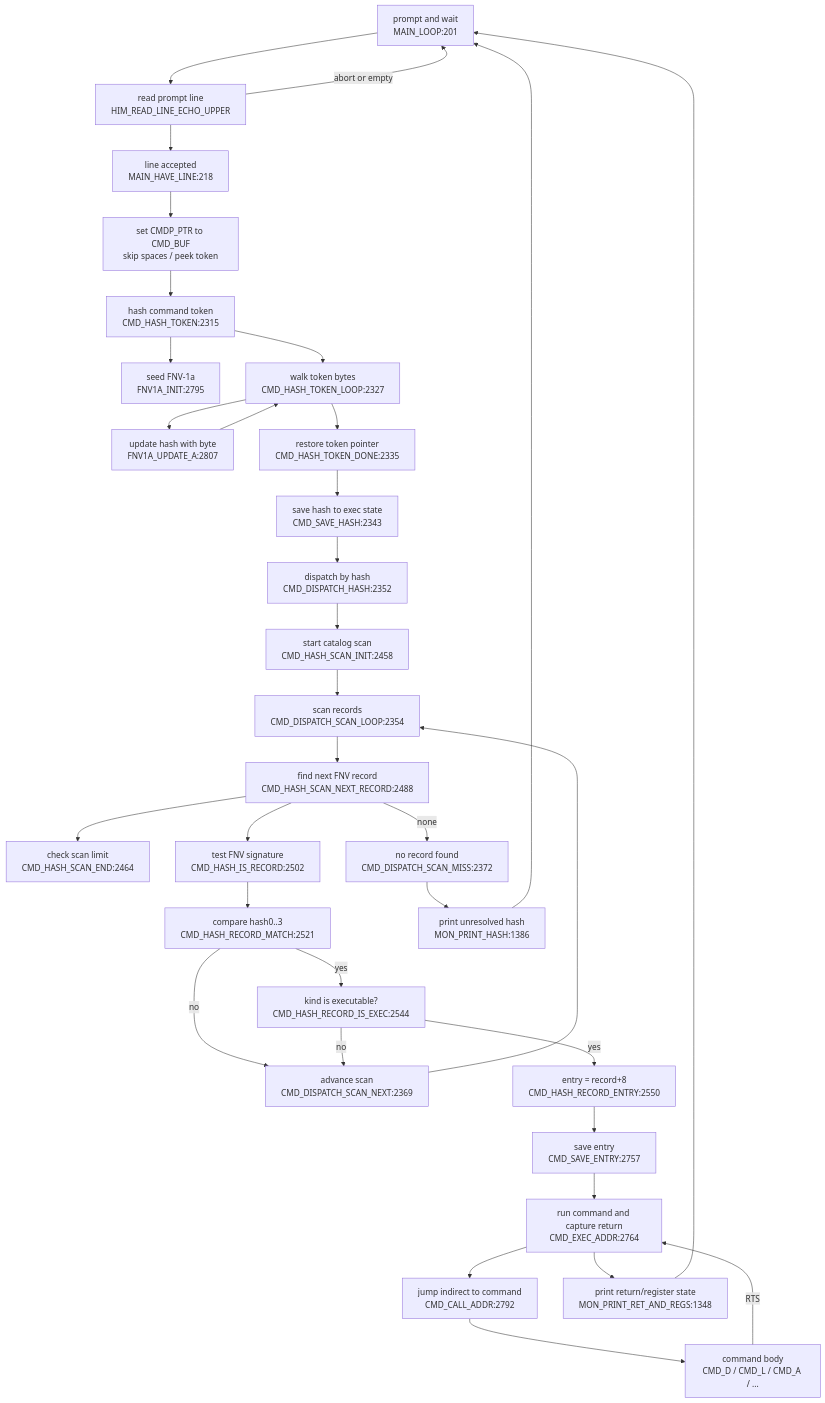
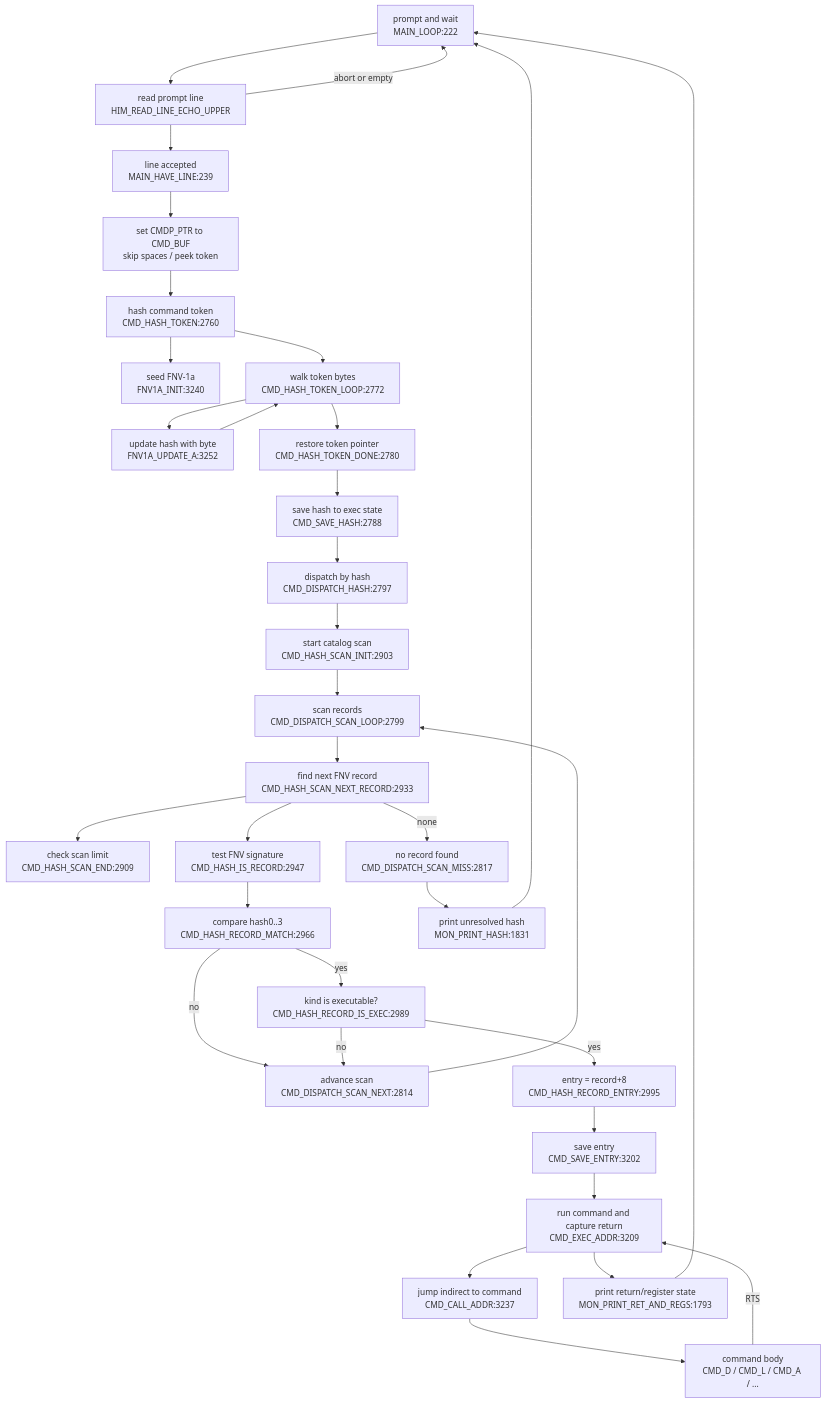
Before and after one commit to 95westus/R-YORS: the diagram in DOC/GENERATED/CMD_FLOW_MAP.md, drawn with Mermaid. The commit also changed other lines of this file and 126 other files, not shown here.

````diff
--- a/DOC/GENERATED/CMD_FLOW_MAP.md
+++ b/DOC/GENERATED/CMD_FLOW_MAP.md
@@ -10,36 +10,36 @@
 ```mermaid
 flowchart TD
-    LOOP["prompt and wait<br/>MAIN_LOOP:201"] --> READ["read prompt line<br/>HIM_READ_LINE_ECHO_UPPER"]
-    READ --> HAVE["line accepted<br/>MAIN_HAVE_LINE:218"]
+    LOOP["prompt and wait<br/>MAIN_LOOP:222"] --> READ["read prompt line<br/>HIM_READ_LINE_ECHO_UPPER"]
+    READ --> HAVE["line accepted<br/>MAIN_HAVE_LINE:239"]
     READ -->|abort or empty| LOOP
     HAVE --> PREP["set CMDP_PTR to CMD_BUF<br/>skip spaces / peek token"]
-    PREP --> HASH["hash command token<br/>CMD_HASH_TOKEN:2315"]
-    HASH --> FNVINIT["seed FNV-1a<br/>FNV1A_INIT:2795"]
-    HASH --> HASHLOOP["walk token bytes<br/>CMD_HASH_TOKEN_LOOP:2327"]
-    HASHLOOP --> UPDATE["update hash with byte<br/>FNV1A_UPDATE_A:2807"]
+    PREP --> HASH["hash command token<br/>CMD_HASH_TOKEN:2760"]
+    HASH --> FNVINIT["seed FNV-1a<br/>FNV1A_INIT:3240"]
+    HASH --> HASHLOOP["walk token bytes<br/>CMD_HASH_TOKEN_LOOP:2772"]
+    HASHLOOP --> UPDATE["update hash with byte<br/>FNV1A_UPDATE_A:3252"]
     UPDATE --> HASHLOOP
-    HASHLOOP --> DONE["restore token pointer<br/>CMD_HASH_TOKEN_DONE:2335"]
-    DONE --> SAVEHASH["save hash to exec state<br/>CMD_SAVE_HASH:2343"]
-    SAVEHASH --> DISPATCH["dispatch by hash<br/>CMD_DISPATCH_HASH:2352"]
-    DISPATCH --> SCANINIT["start catalog scan<br/>CMD_HASH_SCAN_INIT:2458"]
-    SCANINIT --> SCANLOOP["scan records<br/>CMD_DISPATCH_SCAN_LOOP:2354"]
-    SCANLOOP --> NEXTREC["find next FNV record<br/>CMD_HASH_SCAN_NEXT_RECORD:2488"]
-    NEXTREC --> ENDCHK["check scan limit<br/>CMD_HASH_SCAN_END:2464"]
-    NEXTREC --> ISREC["test FNV signature<br/>CMD_HASH_IS_RECORD:2502"]
-    NEXTREC -->|none| MISS["no record found<br/>CMD_DISPATCH_SCAN_MISS:2372"]
-    ISREC --> MATCH["compare hash0..3<br/>CMD_HASH_RECORD_MATCH:2521"]
-    MATCH -->|no| ADV["advance scan<br/>CMD_DISPATCH_SCAN_NEXT:2369"]
+    HASHLOOP --> DONE["restore token pointer<br/>CMD_HASH_TOKEN_DONE:2780"]
+    DONE --> SAVEHASH["save hash to exec state<br/>CMD_SAVE_HASH:2788"]
+    SAVEHASH --> DISPATCH["dispatch by hash<br/>CMD_DISPATCH_HASH:2797"]
+    DISPATCH --> SCANINIT["start catalog scan<br/>CMD_HASH_SCAN_INIT:2903"]
+    SCANINIT --> SCANLOOP["scan records<br/>CMD_DISPATCH_SCAN_LOOP:2799"]
+    SCANLOOP --> NEXTREC["find next FNV record<br/>CMD_HASH_SCAN_NEXT_RECORD:2933"]
+    NEXTREC --> ENDCHK["check scan limit<br/>CMD_HASH_SCAN_END:2909"]
+    NEXTREC --> ISREC["test FNV signature<br/>CMD_HASH_IS_RECORD:2947"]
+    NEXTREC -->|none| MISS["no record found<br/>CMD_DISPATCH_SCAN_MISS:2817"]
+    ISREC --> MATCH["compare hash0..3<br/>CMD_HASH_RECORD_MATCH:2966"]
+    MATCH -->|no| ADV["advance scan<br/>CMD_DISPATCH_SCAN_NEXT:2814"]
     ADV --> SCANLOOP
-    MATCH -->|yes| EXECOK["kind is executable?<br/>CMD_HASH_RECORD_IS_EXEC:2544"]
+    MATCH -->|yes| EXECOK["kind is executable?<br/>CMD_HASH_RECORD_IS_EXEC:2989"]
     EXECOK -->|no| ADV
-    EXECOK -->|yes| ENTRY["entry = record+8<br/>CMD_HASH_RECORD_ENTRY:2550"]
-    ENTRY --> SAVEENTRY["save entry<br/>CMD_SAVE_ENTRY:2757"]
-    SAVEENTRY --> RUN["run command and capture return<br/>CMD_EXEC_ADDR:2764"]
-    RUN --> CALL["jump indirect to command<br/>CMD_CALL_ADDR:2792"]
+    EXECOK -->|yes| ENTRY["entry = record+8<br/>CMD_HASH_RECORD_ENTRY:2995"]
+    ENTRY --> SAVEENTRY["save entry<br/>CMD_SAVE_ENTRY:3202"]
+    SAVEENTRY --> RUN["run command and capture return<br/>CMD_EXEC_ADDR:3209"]
+    RUN --> CALL["jump indirect to command<br/>CMD_CALL_ADDR:3237"]
     CALL --> BODY["command body<br/>CMD_D / CMD_L / CMD_A / ..."]
     BODY -->|RTS| RUN
-    RUN --> RETPRINT["print return/register state<br/>MON_PRINT_RET_AND_REGS:1348"]
+    RUN --> RETPRINT["print return/register state<br/>MON_PRINT_RET_AND_REGS:1793"]
     RETPRINT --> LOOP
-    MISS --> PRHASH["print unresolved hash<br/>MON_PRINT_HASH:1386"]
+    MISS --> PRHASH["print unresolved hash<br/>MON_PRINT_HASH:1831"]
     PRHASH --> LOOP
 ```
````
